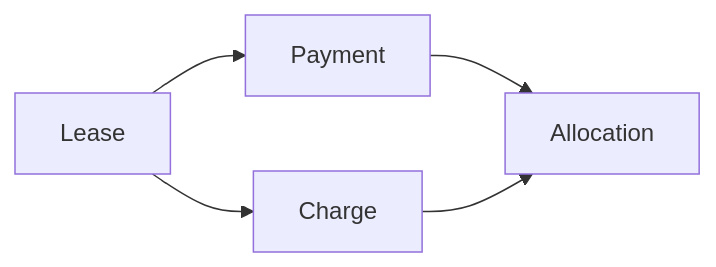
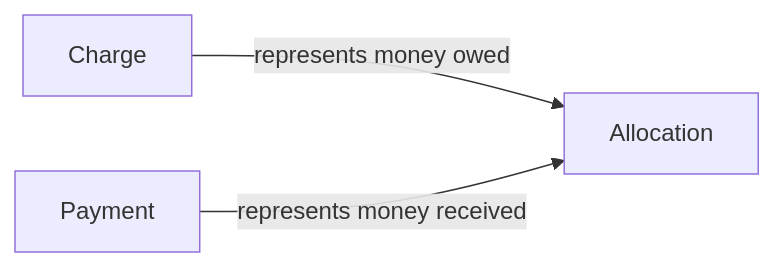
The diagram in docs/architecture/domains/billing/diagrams/ledger-model.mmd (anthonynarine/EstateIQ), drawn with Mermaid before and after one commit. The commit also changed 10 other files, not shown here.

```diff
--- a/docs/architecture/domains/billing/diagrams/ledger-model.mmd
+++ b/docs/architecture/domains/billing/diagrams/ledger-model.mmd
@@ -1,10 +1,7 @@
 flowchart LR
-    LEASE[Lease]
-    CHARGE[Charge]
-    PAYMENT[Payment]
-    ALLOC[Allocation]
+    CH[Charge]
+    PM[Payment]
+    AL[Allocation]
 
-    LEASE --> CHARGE
-    LEASE --> PAYMENT
-    PAYMENT --> ALLOC
-    CHARGE --> ALLOC
+    CH -->|represents money owed| AL
+    PM -->|represents money received| AL
```
